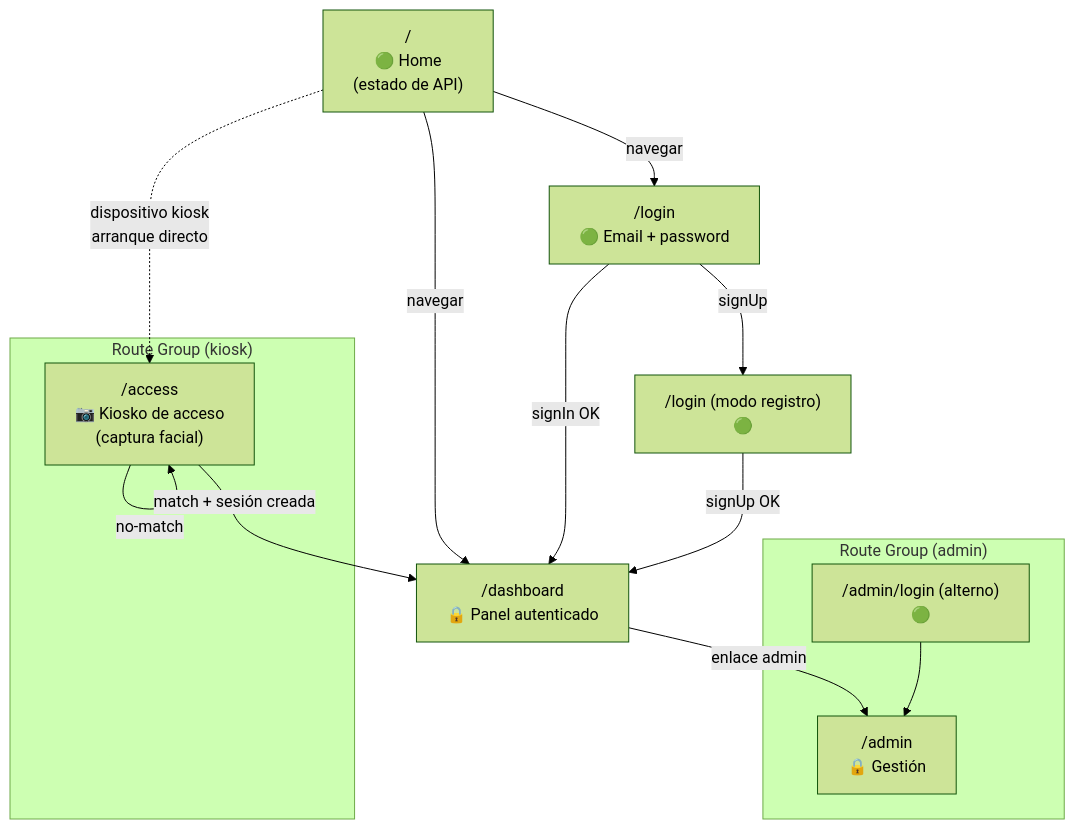
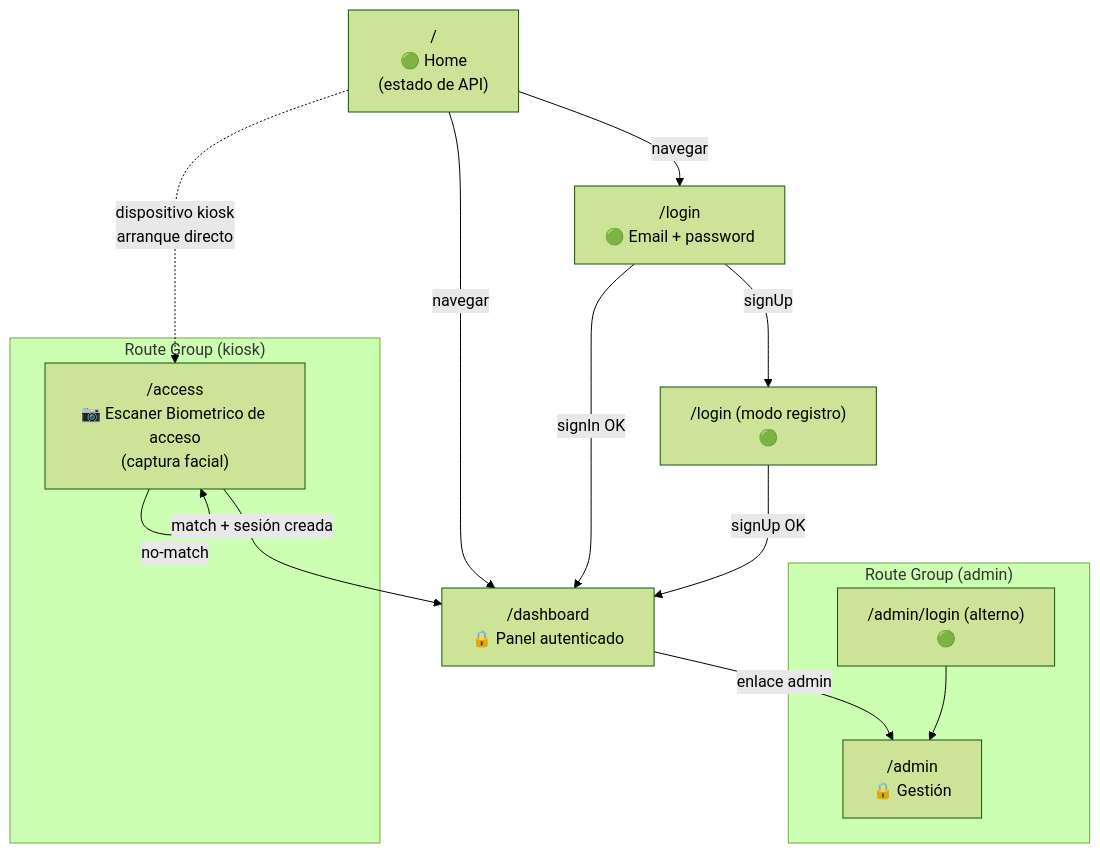
Before and after one commit to Indroic/access-control-system: the first of 4 diagrams in docs/diagramas/07-mapa-navegacion.md, drawn with Mermaid (forest theme). The commit also changed other lines of this file and 11 other files, not shown here.

Commit message:
cambio de nombre de kiosko a Escaner Biometrico

````diff
--- a/docs/diagramas/07-mapa-navegacion.md
+++ b/docs/diagramas/07-mapa-navegacion.md
@@ -14,26 +14,26 @@
 ```mermaid
 graph TD
     ROOT["/<br/>🟢 Home<br/>(estado de API)"]
 
     ROOT -->|navegar| LOGIN["/login<br/>🟢 Email + password"]
     ROOT -->|navegar| DASH["/dashboard<br/>🔒 Panel autenticado"]
 
     LOGIN -->|signIn OK| DASH
     LOGIN -->|signUp| LOGIN_REG["/login (modo registro)<br/>🟢"]
     LOGIN_REG -->|signUp OK| DASH
 
     subgraph Admin["Route Group (admin)"]
         ADM["/admin<br/>🔒 Gestión"]
         ADM_LOGIN["/admin/login (alterno)<br/>🟢"]
     end
     DASH -->|enlace admin| ADM
     ADM_LOGIN --> ADM
 
     subgraph Kiosk["Route Group (kiosk)"]
-        ACC["/access<br/>📷 Kiosko de acceso<br/>(captura facial)"]
+        ACC["/access<br/>📷 Escaner Biometrico de acceso<br/>(captura facial)"]
     end
 
     ROOT -.->|dispositivo kiosk<br/>arranque directo| ACC
     ACC -->|match + sesión creada| DASH
     ACC -->|no-match| ACC
 ```
````
